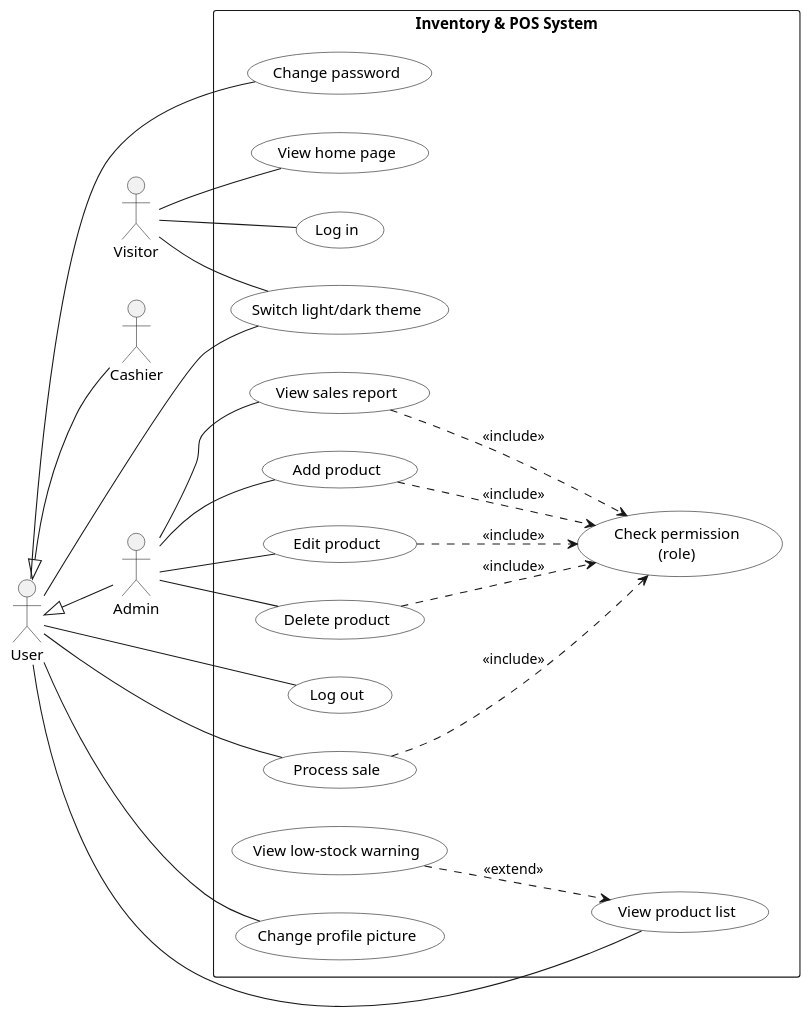
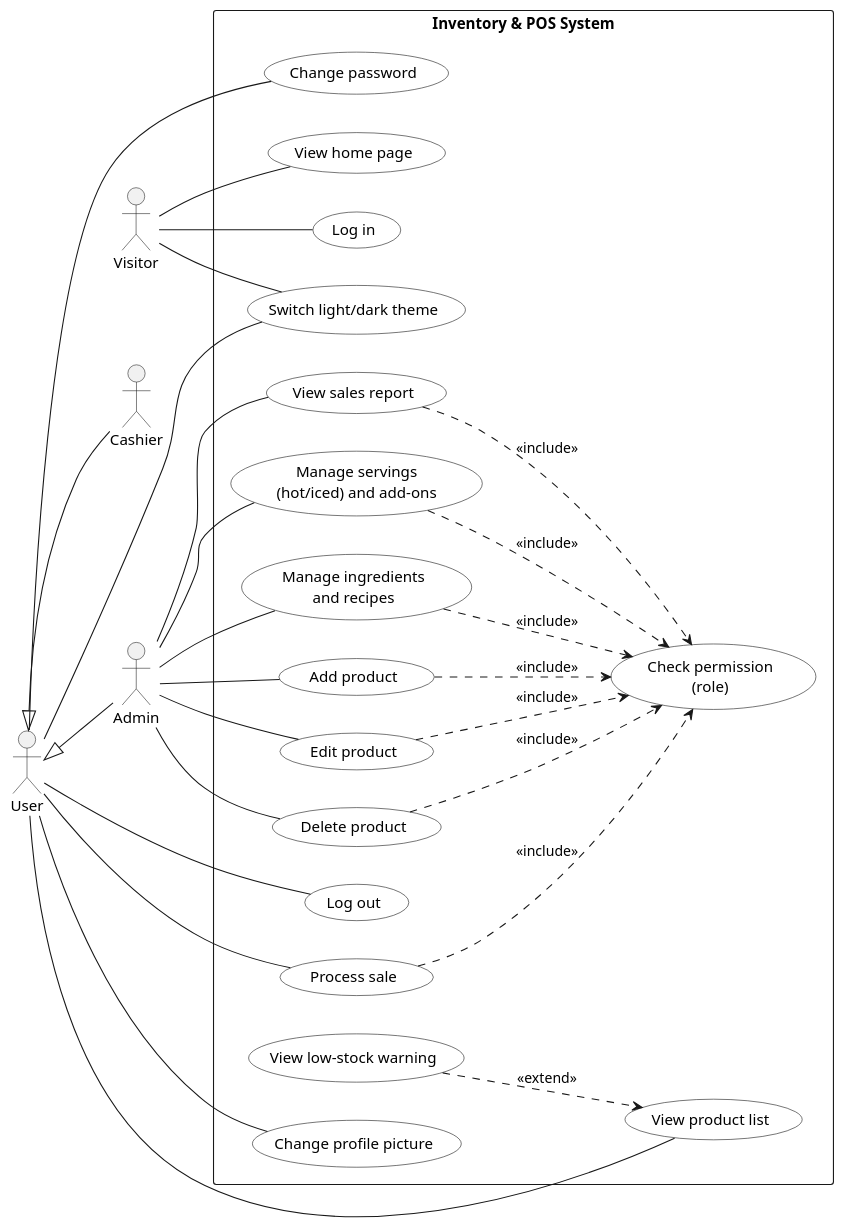
The diagram in diagrams/use_case_diagram.puml (JmlAsync/inventory-pos-system), drawn with PlantUML before and after one commit. The commit also changed 2 other files, not shown here.

Commit message:
Docs: v0.14.4 to v0.17.3 (GCash, servings and add-ons, ingredients, demo sales fix)
Version history, stories F14-F16 (Hot / Iced wording), test cases
TC-14.19, TC-15.x, TC-16.x, TC-17.x (178 cases: 176 pass, 0 fail,
2 by hand), DEF-37 to DEF-42, security table rows, UC-14 and UC-15,
diagram and known limitations.

Claude-Session: https://claude.ai/code/session_01AnRZgfVLrJe4aroni2zZdi

```diff
--- a/diagrams/use_case_diagram.puml
+++ b/diagrams/use_case_diagram.puml
@@ -1,62 +1,68 @@
 @startuml
-' Use case diagram - Inventory & POS System (v0.14.3: all use cases built)
+' Use case diagram - Inventory & POS System (v0.17.2: all use cases built)
 ' Paste into draw.io (Arrange > Insert > Advanced > PlantUML) or planttext.com
 ' Lines starting with an apostrophe are comments and are not drawn.
 
 left to right direction
 skinparam packageStyle rectangle
 skinparam usecase {
   BackgroundColor White
   BorderColor Black
 }
 
 actor Visitor
 actor User
 actor Admin
 actor Cashier
 
 ' Generalization: Admin and Cashier are kinds of User
 User <|-- Admin
 User <|-- Cashier
 
 rectangle "Inventory & POS System" {
   usecase "View home page" as UC01
   usecase "Log in" as UC02
   usecase "Log out" as UC03
   usecase "View product list" as UC04
   usecase "Add product" as UC05
   usecase "Edit product" as UC06
   usecase "Delete product" as UC07
   usecase "Check permission\n(role)" as CHK
   usecase "Process sale" as UC08
   usecase "View low-stock warning" as UC09
   usecase "View sales report" as UC10
   usecase "Change profile picture" as UC11
   usecase "Switch light/dark theme" as UC12
   usecase "Change password" as UC13
+  usecase "Manage servings\n(hot/iced) and add-ons" as UC14
+  usecase "Manage ingredients\nand recipes" as UC15
 }
 
 Visitor -- UC01
 Visitor -- UC02
 Visitor -- UC12
 
 User -- UC03
 User -- UC04
 User -- UC08
 User -- UC11
 User -- UC12
 User -- UC13
 
 Admin -- UC05
 Admin -- UC06
 Admin -- UC07
 Admin -- UC10
+Admin -- UC14
+Admin -- UC15
 
 UC05 ..> CHK : <<include>>
 UC06 ..> CHK : <<include>>
 UC07 ..> CHK : <<include>>
 UC08 ..> CHK : <<include>>
 UC10 ..> CHK : <<include>>
+UC14 ..> CHK : <<include>>
+UC15 ..> CHK : <<include>>
 
 UC09 ..> UC04 : <<extend>>
 @enduml
```
